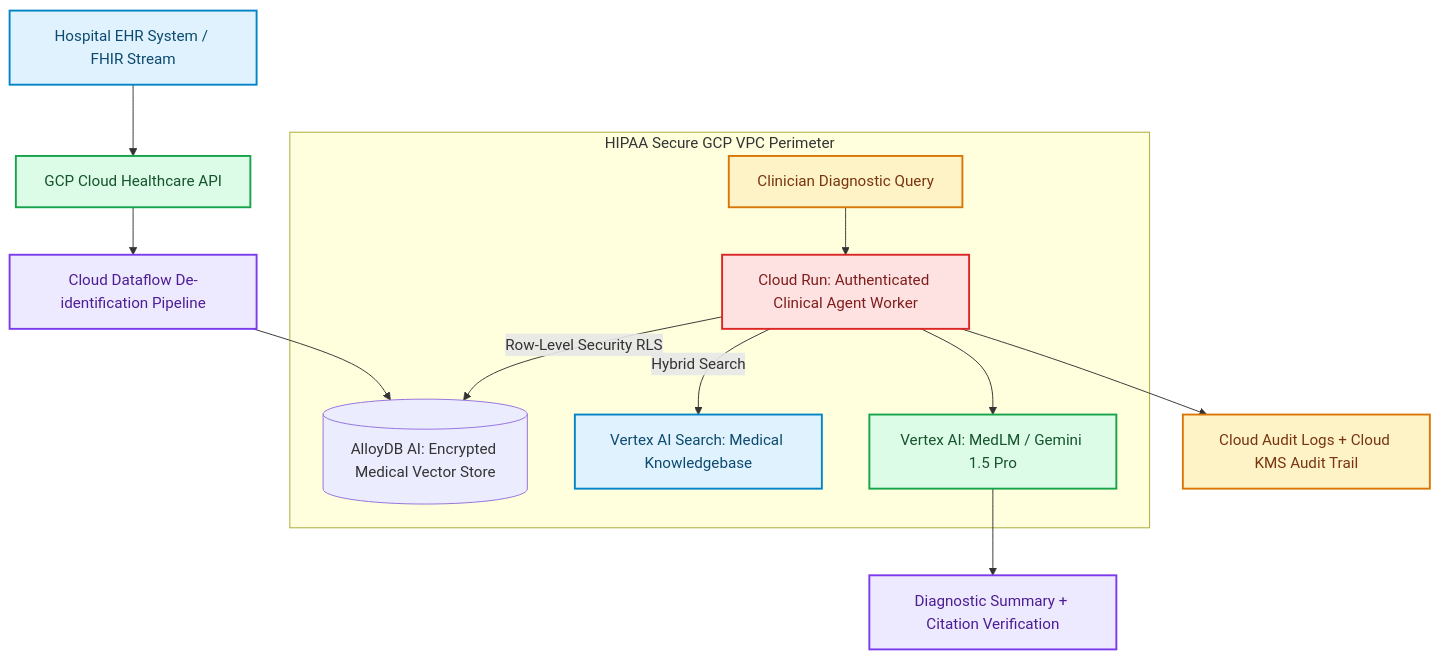
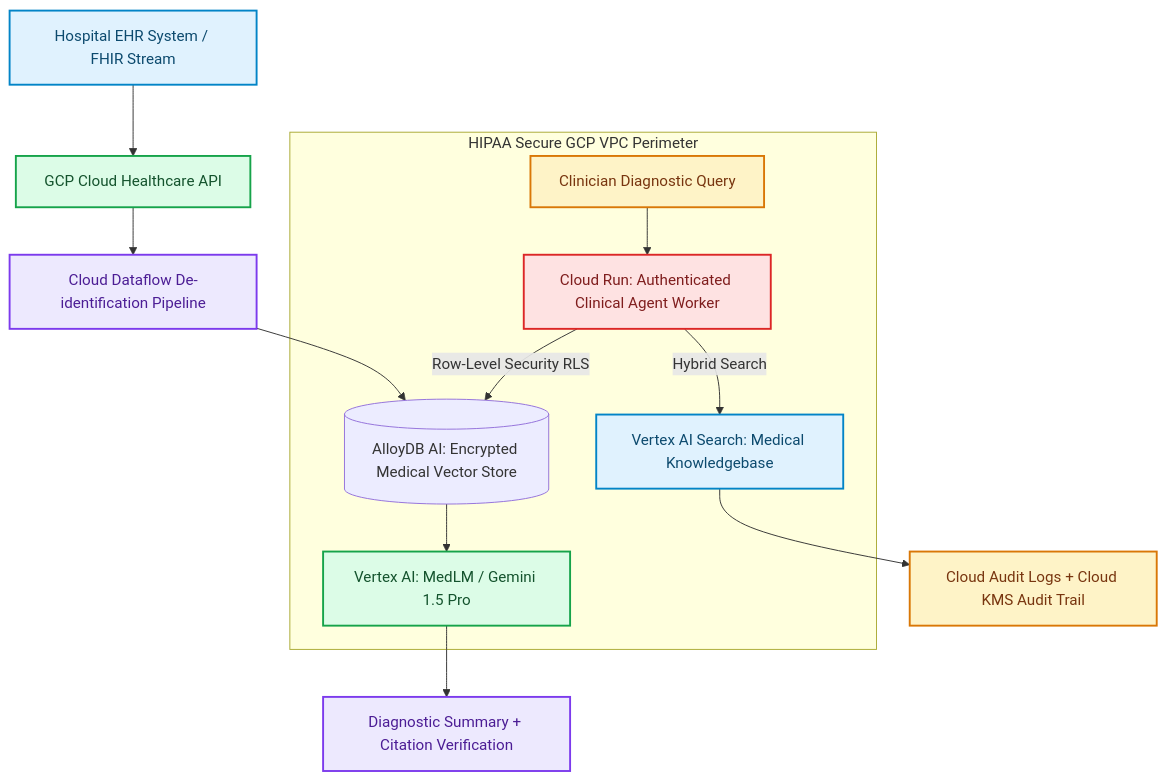
One commit to akmalkhaniub/akmalkhaniub.github.io changed the diagram in blog/posts/case-study-healthtech-clinical-rag-vertex-ai.md. Above: the diagram before and after it, drawn with Mermaid. The commit also changed 894 other files, not shown here.

Commit message:
feat(blog): upgrade all 444 posts with unique staggered dates, 2-col Mermaid spines, benchmark tables, code blocks, and trade-offs

````diff
--- a/blog/posts/case-study-healthtech-clinical-rag-vertex-ai.md
+++ b/blog/posts/case-study-healthtech-clinical-rag-vertex-ai.md
@@ -42,27 +42,27 @@
 ```mermaid
 flowchart TD
   A["Hospital EHR System / FHIR Stream"] --> B["GCP Cloud Healthcare API"]
   B --> C["Cloud Dataflow De-identification Pipeline"]
   C --> D[(AlloyDB AI: Encrypted Medical Vector Store)]
   
   subgraph SG1_HipaaSecureGcp ["HIPAA Secure GCP VPC Perimeter"]
     E["Clinician Diagnostic Query"] --> F["Cloud Run: Authenticated Clinical Agent Worker"]
     F -->|Row-Level Security RLS| D
     F -->|Hybrid Search| G["Vertex AI Search: Medical Knowledgebase"]
-    F --> H["Vertex AI: MedLM / Gemini 1.5 Pro"]
+    D --> H["Vertex AI: MedLM / Gemini 1.5 Pro"]
   end
   
   H --> I["Diagnostic Summary + Citation Verification"]
-  F --> J["Cloud Audit Logs + Cloud KMS Audit Trail"]
+  G --> J["Cloud Audit Logs + Cloud KMS Audit Trail"]
 
 classDef green fill:#dcfce7,stroke:#16a34a,stroke-width:2px,color:#14532d;
 classDef red fill:#fee2e2,stroke:#dc2626,stroke-width:2px,color:#7f1d1d;
 classDef blue fill:#e0f2fe,stroke:#0284c7,stroke-width:2px,color:#0c4a6e;
 classDef yellow fill:#fef3c7,stroke:#d97706,stroke-width:2px,color:#78350f;
 classDef purple fill:#ede9fe,stroke:#7c3aed,stroke-width:2px,color:#4c1d95;
 class A,G blue
 class B,H green
 class C,I purple
 class E,J yellow
 class F red
 ```
````
